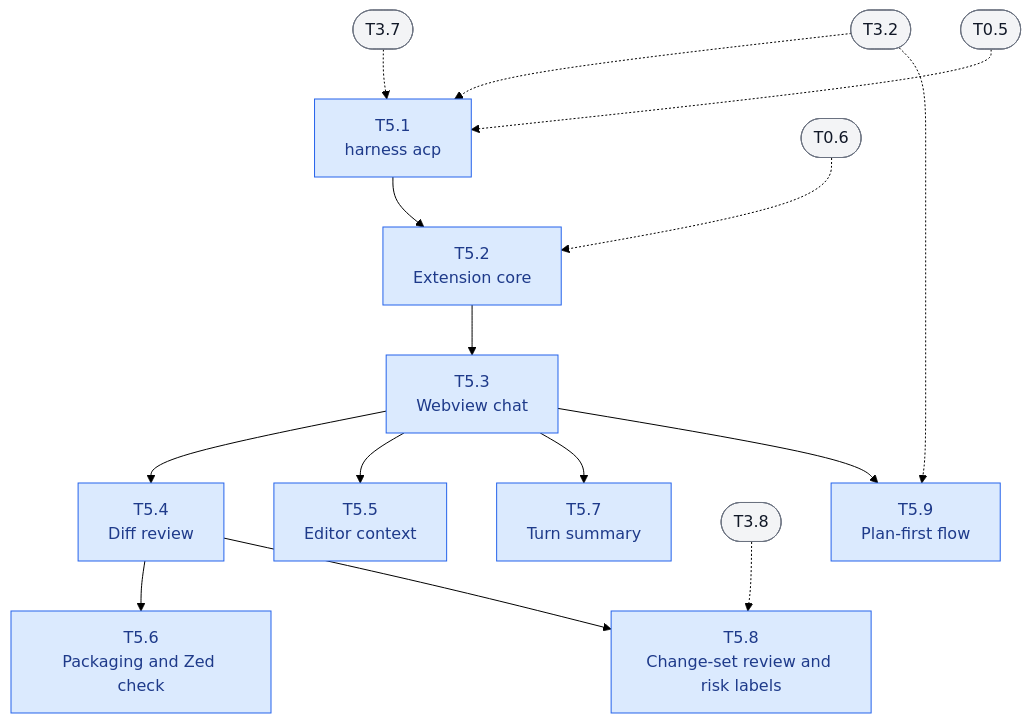
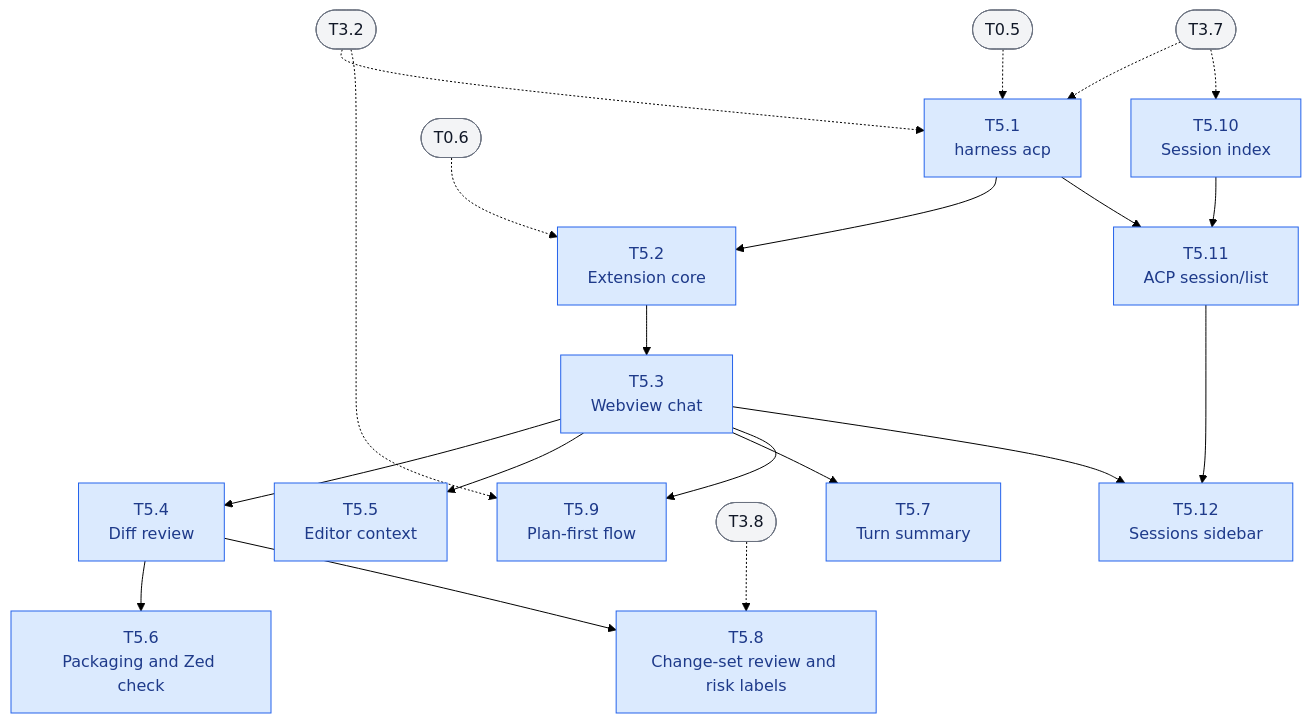
Before and after one commit to fzzinchemical/Praxis: the sixth of 9 diagrams in docs/TASKS.md, drawn with Mermaid (forest theme). The commit also changed other lines of this file, not shown here.

First line of the commit message:
docs(tasks): add session index, session/list and sessions sidebar

````diff
--- a/docs/TASKS.md
+++ b/docs/TASKS.md
@@ -418,39 +418,47 @@
 ```mermaid
 flowchart TB
     T5_1["T5.1<br/>harness acp"]
     T5_2["T5.2<br/>Extension core"]
     T5_3["T5.3<br/>Webview chat"]
     T5_4["T5.4<br/>Diff review"]
     T5_5["T5.5<br/>Editor context"]
     T5_6["T5.6<br/>Packaging and Zed check"]
     T0_5(["T0.5"])
     T0_6(["T0.6"])
     T3_2(["T3.2"])
     T3_7(["T3.7"])
     T3_2 -.-> T5_1
     T3_7 -.-> T5_1
     T0_5 -.-> T5_1
     T5_1 --> T5_2
     T0_6 -.-> T5_2
     T5_2 --> T5_3
     T5_3 --> T5_4
     T5_3 --> T5_5
     T5_4 --> T5_6
     T5_7["T5.7<br/>Turn summary"]
     T5_8["T5.8<br/>Change-set review and risk labels"]
     T3_8(["T3.8"])
     T5_9["T5.9<br/>Plan-first flow"]
     T5_3 --> T5_7
     T5_4 --> T5_8
     T3_8 -.-> T5_8
     T5_3 --> T5_9
     T3_2 -.-> T5_9
+    T5_10["T5.10<br/>Session index"]
+    T5_11["T5.11<br/>ACP session/list"]
+    T5_12["T5.12<br/>Sessions sidebar"]
+    T3_7 -.-> T5_10
+    T5_10 --> T5_11
+    T5_1 --> T5_11
+    T5_11 --> T5_12
+    T5_3 --> T5_12
 
     classDef task fill:#dbeafe,stroke:#2563eb,color:#1e3a8a
     classDef human fill:#fef3c7,stroke:#d97706,color:#78350f,stroke-width:3px
     classDef other fill:#f3f4f6,stroke:#6b7280,color:#111827
     class T5_1,T5_2,T5_3,T5_4,T5_5,T5_6 task
     class T0_5,T0_6,T3_2,T3_7 other
-    class T5_7,T5_8,T5_9 task
+    class T5_7,T5_8,T5_9,T5_10,T5_11,T5_12 task
     class T3_8 other
 ```
````
